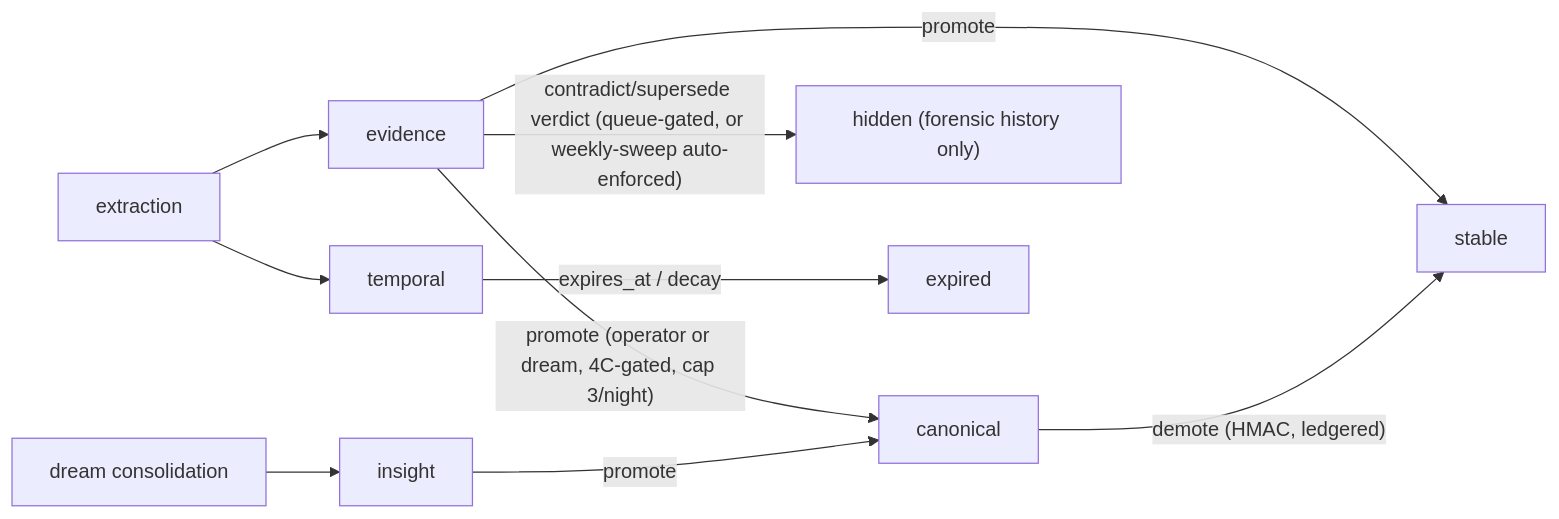
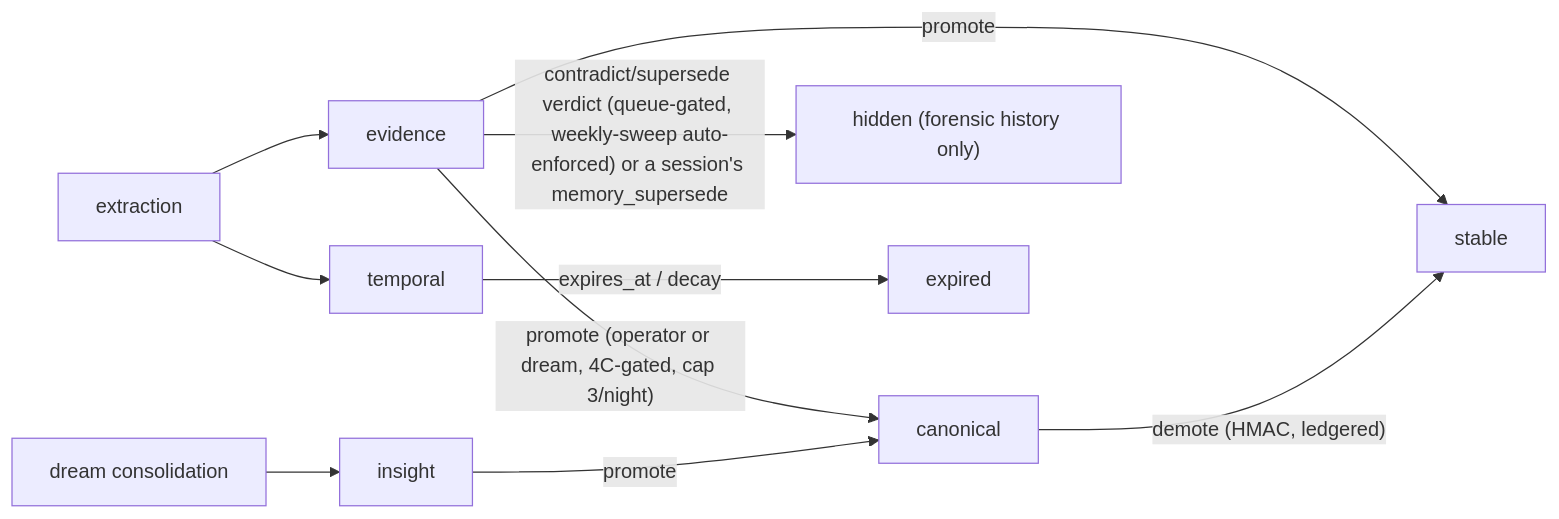
The diagram in docs/systems/memory-model.md (dmmdea/agentic-memory-stack-for-claude-code), drawn with Mermaid before and after one commit. The commit also changed other lines of this file and 8 other files, not shown here.

````diff
--- a/docs/systems/memory-model.md
+++ b/docs/systems/memory-model.md
@@ -145,12 +145,12 @@
 ```mermaid
 flowchart LR
     X["extraction"] --> E[evidence]
     X --> T[temporal]
     D["dream consolidation"] --> I[insight]
     E -->|"promote (operator or dream, 4C-gated, cap 3/night)"| C[canonical]
     E -->|promote| S[stable]
     I -->|promote| C
     C -->|"demote (HMAC, ledgered)"| S
-    E -->|"contradict/supersede verdict (queue-gated, or weekly-sweep auto-enforced)"| H["hidden (forensic history only)"]
+    E -->|"contradict/supersede verdict (queue-gated, weekly-sweep auto-enforced) or a session's memory_supersede"| H["hidden (forensic history only)"]
     T -->|"expires_at / decay"| G["expired"]
 ```
````
